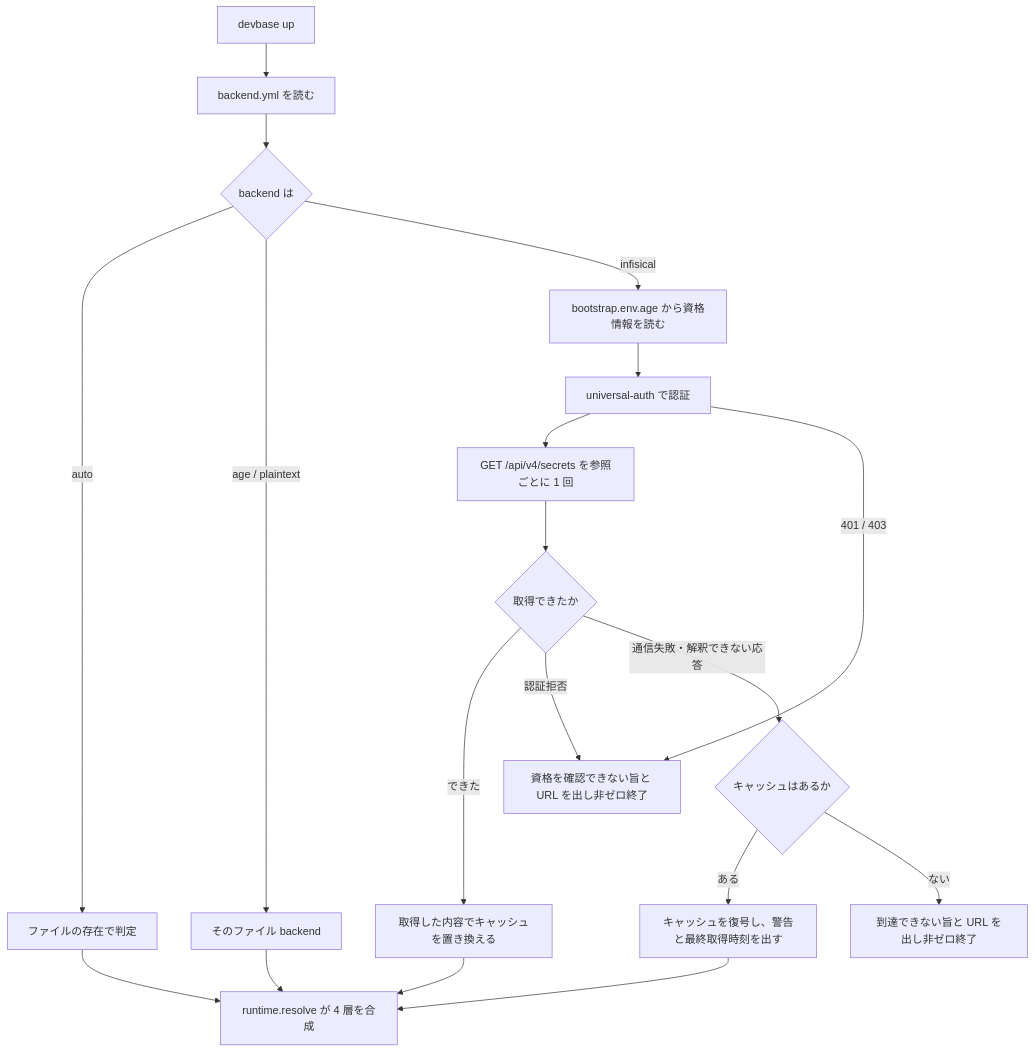
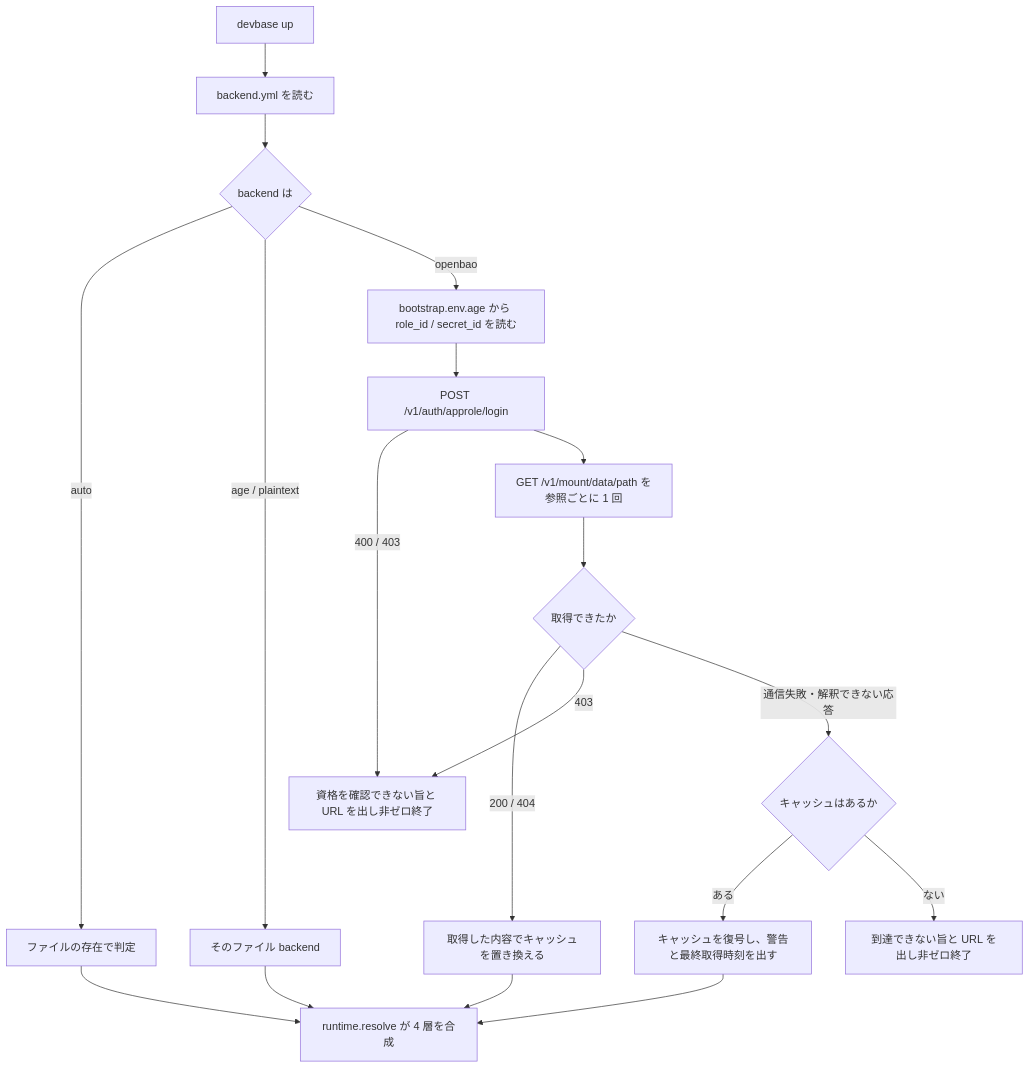
Before and after one commit to devbasex/devbase: the second of 2 diagrams in docs/specifications/secret-backend.md, drawn with Mermaid. The commit also changed other lines of this file and 3 other files, not shown here.

````diff
--- a/docs/specifications/secret-backend.md
+++ b/docs/specifications/secret-backend.md
@@ -216,21 +271,21 @@
 ```mermaid
 flowchart TD
     A[devbase up] --> B[backend.yml を読む]
     B --> C{backend は}
     C -->|auto| D[ファイルの存在で判定]
     C -->|age / plaintext| E[そのファイル backend]
-    C -->|infisical| F[bootstrap.env.age から資格情報を読む]
-    F --> G[universal-auth で認証]
-    G --> H[GET /api/v4/secrets を参照ごとに 1 回]
-    G -->|401 / 403| P
+    C -->|openbao| F[bootstrap.env.age から role_id / secret_id を読む]
+    F --> G[POST /v1/auth/approle/login]
+    G -->|400 / 403| P
+    G --> H[GET /v1/mount/data/path を参照ごとに 1 回]
     H --> I{取得できたか}
-    I -->|できた| J[取得した内容でキャッシュを置き換える]
-    I -->|認証拒否| P[資格を確認できない旨と URL を出し非ゼロ終了]
+    I -->|200 / 404| J[取得した内容でキャッシュを置き換える]
+    I -->|403| P[資格を確認できない旨と URL を出し非ゼロ終了]
     I -->|通信失敗・解釈できない応答| K{キャッシュはあるか}
     K -->|ある| L[キャッシュを復号し、警告と最終取得時刻を出す]
     K -->|ない| M[到達できない旨と URL を出し非ゼロ終了]
     D --> N[runtime.resolve が 4 層を合成]
     E --> N
     J --> N
     L --> N
 ```
````
